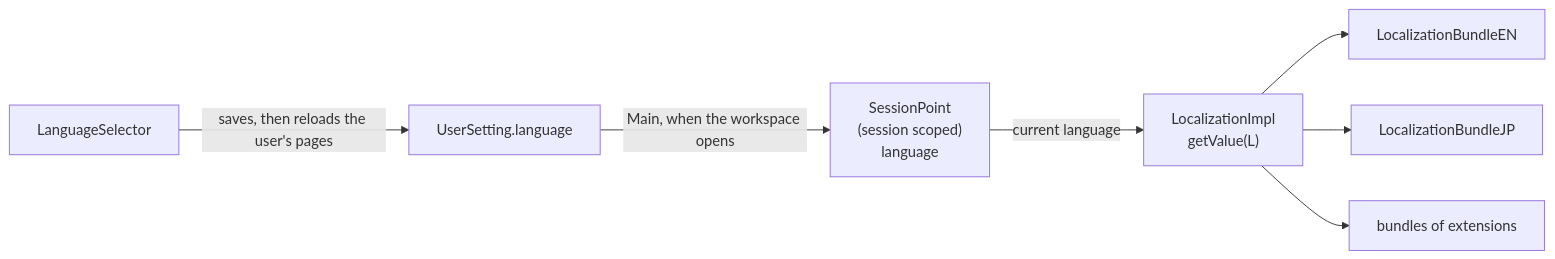
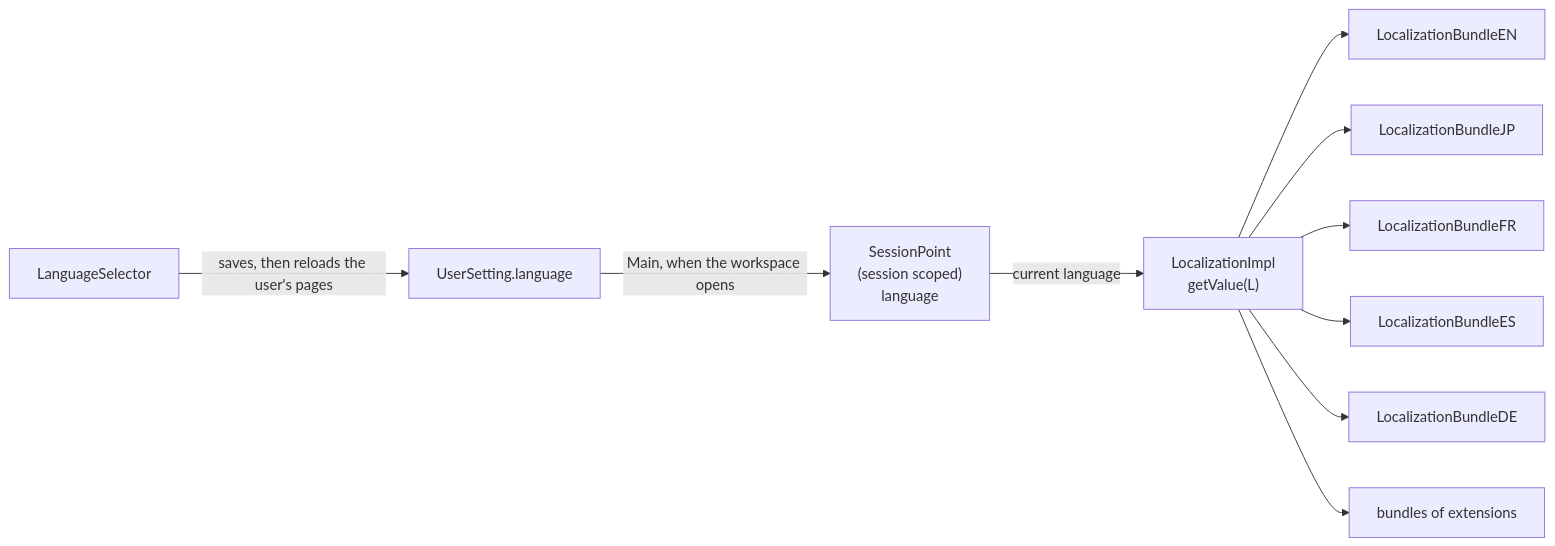
The seventh of 7 diagrams in manual/developer/architecture.md (Enerccio/Marginalia), drawn with Mermaid before and after one commit. The commit also changed other lines of this file and 226 other files, not shown here.

````diff
--- a/manual/developer/architecture.md
+++ b/manual/developer/architecture.md
@@ -542,9 +543,12 @@
 ```mermaid
 flowchart LR
     SP["SessionPoint<br/>(session scoped)<br/>language"] -->|current language| Loc["LocalizationImpl<br/>getValue(L)"]
     Loc --> B1["LocalizationBundleEN"]
     Loc --> B2["LocalizationBundleJP"]
+    Loc --> B4["LocalizationBundleFR"]
+    Loc --> B5["LocalizationBundleES"]
+    Loc --> B6["LocalizationBundleDE"]
     Loc --> B3["bundles of extensions"]
     US["UserSetting.language"] -->|"Main, when the workspace opens"| SP
     LS["LanguageSelector"] -->|saves, then reloads the user's pages| US
 ```
````
